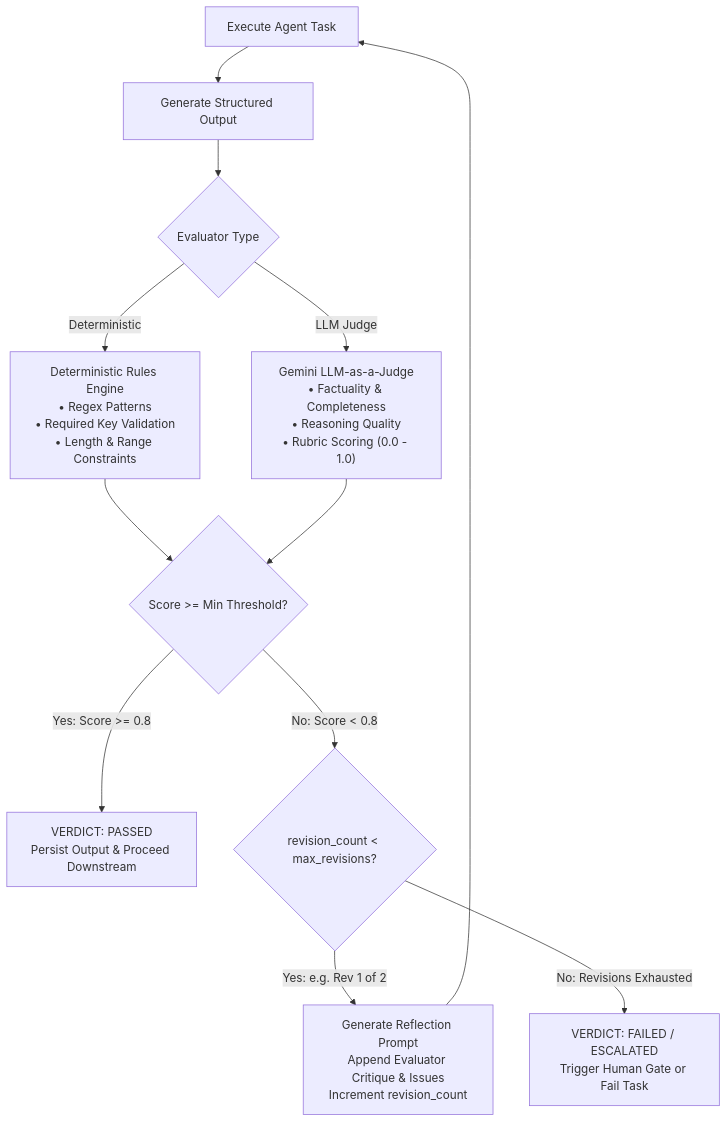
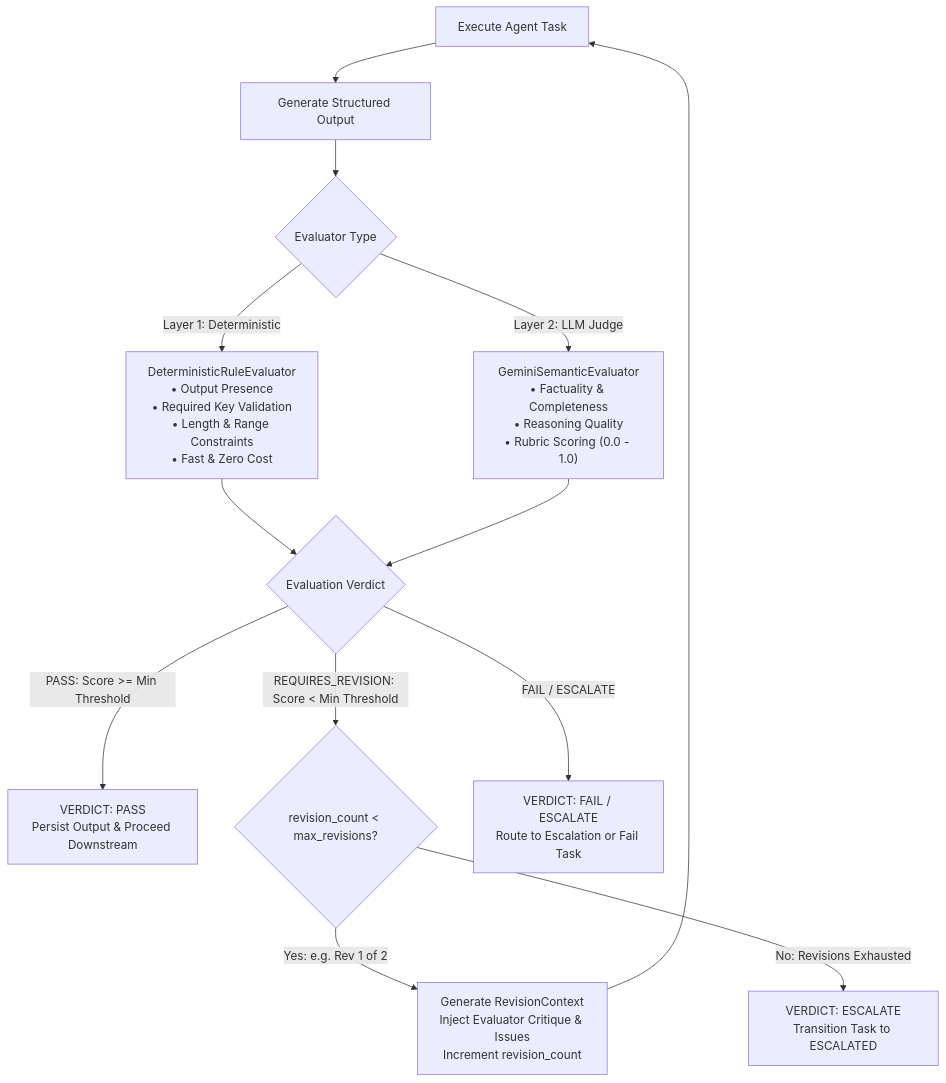
One commit to jacobjerryarackal/multi-agent-workflow-orchestrator changed the fourth of 5 diagrams in README.md. Above: the diagram before and after it, drawn with Mermaid. The commit also changed other lines of this file, not shown here.

Commit message:
docs: update README with API reference, state machine details, and refined architectural diagrams

````diff
--- a/README.md
+++ b/README.md
@@ -438,19 +451,20 @@
 ```mermaid
 flowchart TD
     RunTask["Execute Agent Task"] --> GenOutput["Generate Structured Output"]
     GenOutput --> EvalRouter{"Evaluator Type"}
     
-    EvalRouter -->|Deterministic| DetRules["Deterministic Rules Engine\n• Regex Patterns\n• Required Key Validation\n• Length & Range Constraints"]
-    EvalRouter -->|LLM Judge| GeminiEval["Gemini LLM-as-a-Judge\n• Factuality & Completeness\n• Reasoning Quality\n• Rubric Scoring (0.0 - 1.0)"]
+    EvalRouter -->|Layer 1: Deterministic| DetRules["DeterministicRuleEvaluator\n• Output Presence\n• Required Key Validation\n• Length & Range Constraints\n• Fast & Zero Cost"]
+    EvalRouter -->|Layer 2: LLM Judge| GeminiEval["GeminiSemanticEvaluator\n• Factuality & Completeness\n• Reasoning Quality\n• Rubric Scoring (0.0 - 1.0)"]
     
-    DetRules --> ScoreGate{"Score >= Min Threshold?"}
+    DetRules --> ScoreGate{"Evaluation Verdict"}
     GeminiEval --> ScoreGate
     
-    ScoreGate -->|Yes: Score >= 0.8| PassVerdict["VERDICT: PASSED\nPersist Output & Proceed Downstream"]
-    ScoreGate -->|No: Score < 0.8| RevCheck{"revision_count < max_revisions?"}
+    ScoreGate -->|PASS: Score >= Min Threshold| PassVerdict["VERDICT: PASS\nPersist Output & Proceed Downstream"]
+    ScoreGate -->|REQUIRES_REVISION: Score < Min Threshold| RevCheck{"revision_count < max_revisions?"}
+    ScoreGate -->|FAIL / ESCALATE| FailVerdict["VERDICT: FAIL / ESCALATE\nRoute to Escalation or Fail Task"]
     
-    RevCheck -->|Yes: e.g. Rev 1 of 2| ReflectionPrompt["Generate Reflection Prompt\nAppend Evaluator Critique & Issues\nIncrement revision_count"]
+    RevCheck -->|Yes: e.g. Rev 1 of 2| ReflectionPrompt["Generate RevisionContext\nInject Evaluator Critique & Issues\nIncrement revision_count"]
     ReflectionPrompt --> RunTask
     
-    RevCheck -->|No: Revisions Exhausted| FailVerdict["VERDICT: FAILED / ESCALATED\nTrigger Human Gate or Fail Task"]
+    RevCheck -->|No: Revisions Exhausted| EscalateVerdict["VERDICT: ESCALATE\nTransition Task to ESCALATED"]
 ```
````
